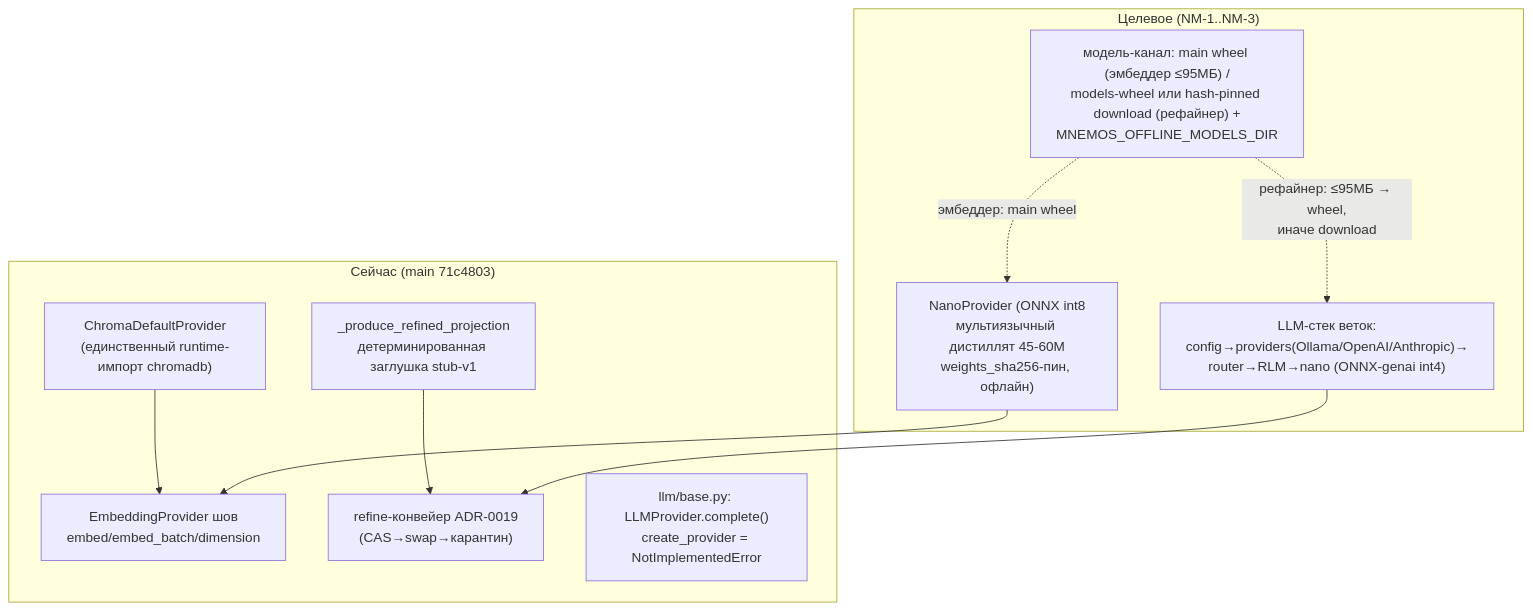
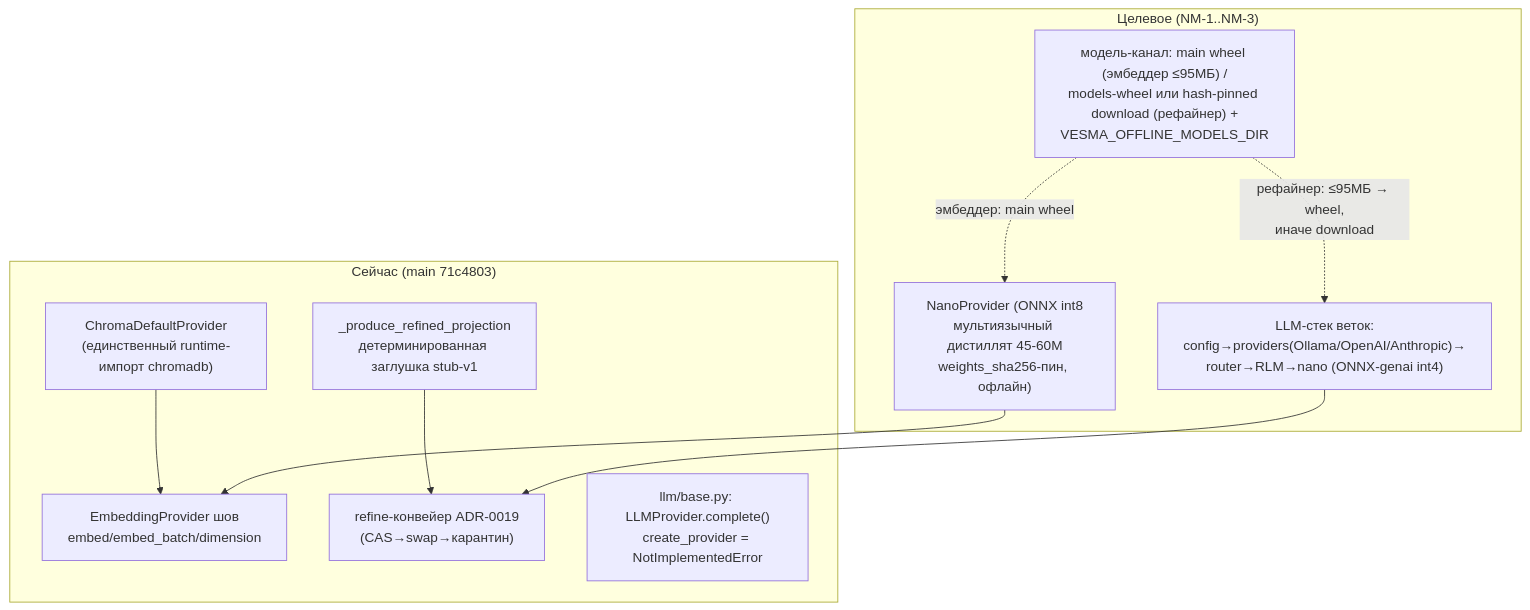
The diagram in docs/project/nano-model-plan.md (vesmaro/vesma), drawn with Mermaid before and after one commit. The commit also changed other lines of this file and 3 other files, not shown here.

First line of the commit message:
docs(project): actualize living architecture/plan docs to the vesma canon

````diff
--- a/docs/project/nano-model-plan.md
+++ b/docs/project/nano-model-plan.md
@@ -13,15 +13,15 @@
 ```mermaid
 flowchart TD
   subgraph NOW["Сейчас (main 71c4803)"]
     A1["ChromaDefaultProvider<br/>(единственный runtime-импорт chromadb)"] --> E1["EmbeddingProvider шов<br/>embed/embed_batch/dimension"]
     A2["_produce_refined_projection<br/>детерминированная заглушка stub-v1"] --> R1["refine-конвейер ADR-0019<br/>(CAS→swap→карантин)"]
     A3["llm/base.py: LLMProvider.complete()<br/>create_provider = NotImplementedError"]
   end
   subgraph TARGET["Целевое (NM-1..NM-3)"]
     B1["NanoProvider (ONNX int8<br/>мультиязычный дистиллят 45-60M<br/>weights_sha256-пин, офлайн)"] --> E1
     B2["LLM-стек веток:<br/>config→providers(Ollama/OpenAI/Anthropic)→<br/>router→RLM→nano (ONNX-genai int4)"] --> R1
-    CH["модель-канал: main wheel (эмбеддер ≤95МБ) /<br/>models-wheel или hash-pinned download (рефайнер) +<br/>MNEMOS_OFFLINE_MODELS_DIR"]
+    CH["модель-канал: main wheel (эмбеддер ≤95МБ) /<br/>models-wheel или hash-pinned download (рефайнер) +<br/>VESMA_OFFLINE_MODELS_DIR"]
     CH -.->|"эмбеддер: main wheel"| B1
     CH -.->|"рефайнер: ≤95МБ → wheel,<br/>иначе download"| B2
   end
 ```
````
